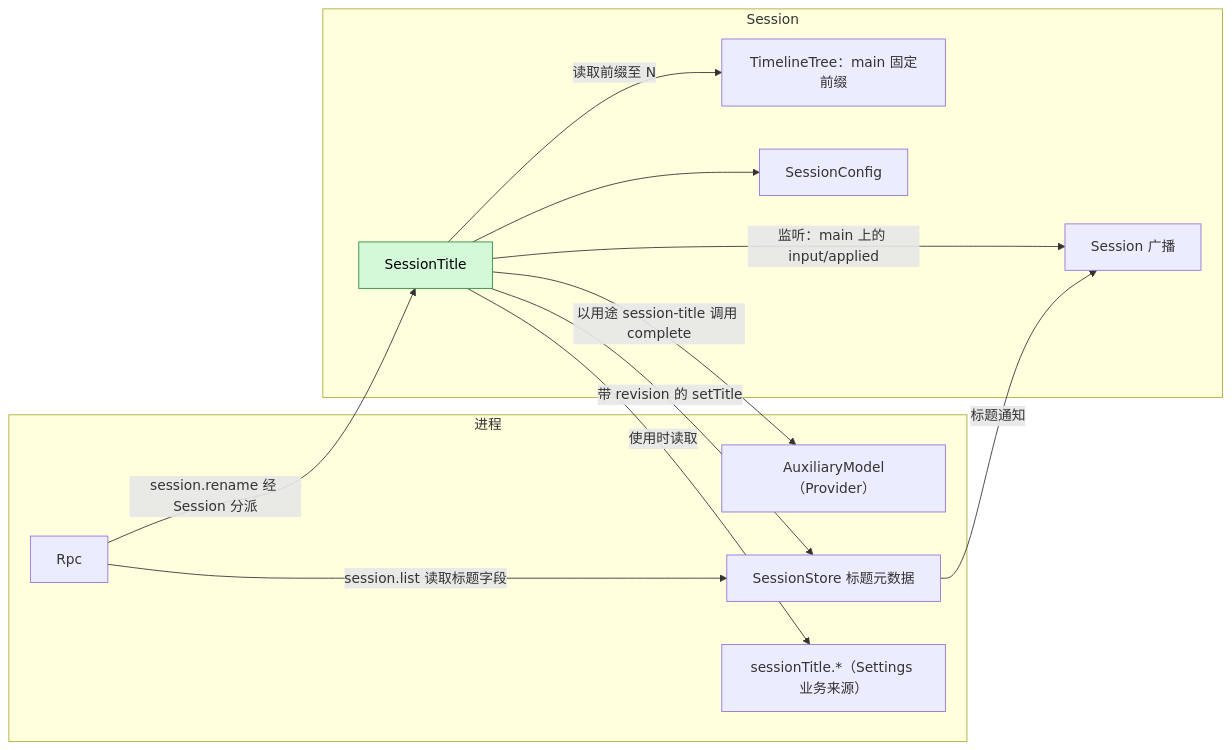
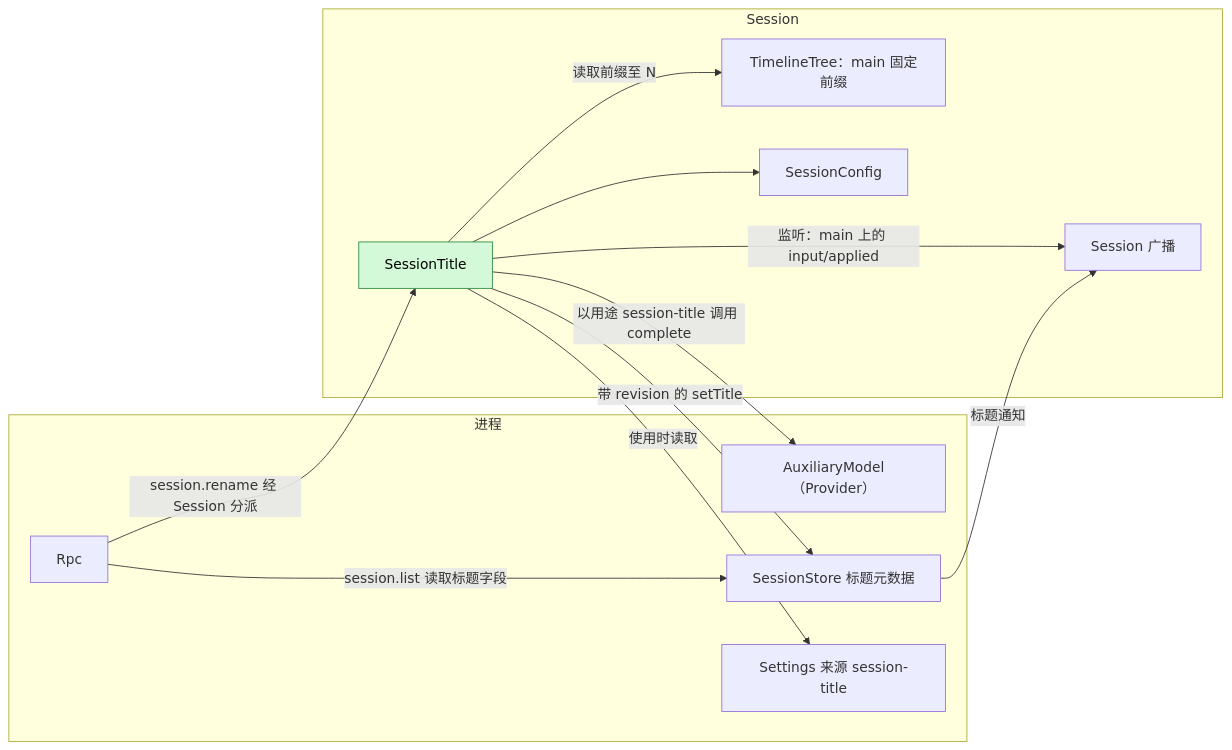
One commit to CoutinhoTTS/dim-agent changed the first of 5 diagrams in docs/zh/design/plugins/SessionTitle.md. Above: the diagram before and after it, drawn with Mermaid. The commit also changed other lines of this file and 27 other files, not shown here.

````diff
--- a/docs/zh/design/plugins/SessionTitle.md
+++ b/docs/zh/design/plugins/SessionTitle.md
@@ -9,25 +9,25 @@
 ```mermaid
 flowchart LR
   subgraph PROC["进程"]
     AUX["AuxiliaryModel（Provider）"]
     META["SessionStore 标题元数据"]
-    Settings["sessionTitle.*（Settings 业务来源）"]
+    Settings["Settings 来源 session-title"]
     Rpc["Rpc"]
   end
   subgraph SESS["Session"]
     ST["SessionTitle"]:::new
     SB["Session 广播"]
     TT["TimelineTree：main 固定前缀"]
     CFG["SessionConfig"]
   end
   ST -->|"监听：main 上的 input/applied"| SB
   ST -->|"读取前缀至 N"| TT
   ST --> CFG
   ST -->|"以用途 session-title 调用 complete"| AUX
   ST -->|"带 revision 的 setTitle"| META
   META -->|"标题通知"| SB
   ST -->|"使用时读取"| Settings
   Rpc -->|"session.rename 经 Session 分派"| ST
   Rpc -->|"session.list 读取标题字段"| META
   classDef new fill:#d3f9d8,stroke:#2b8a3e,color:#000
 ```
````
